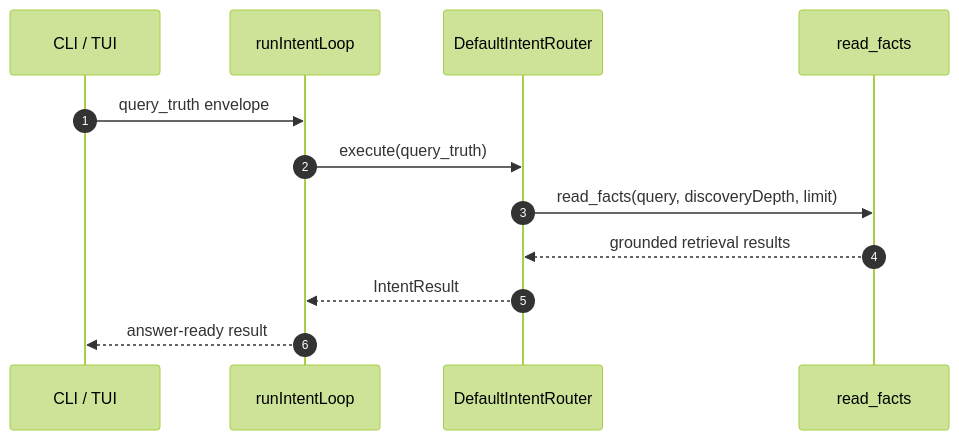
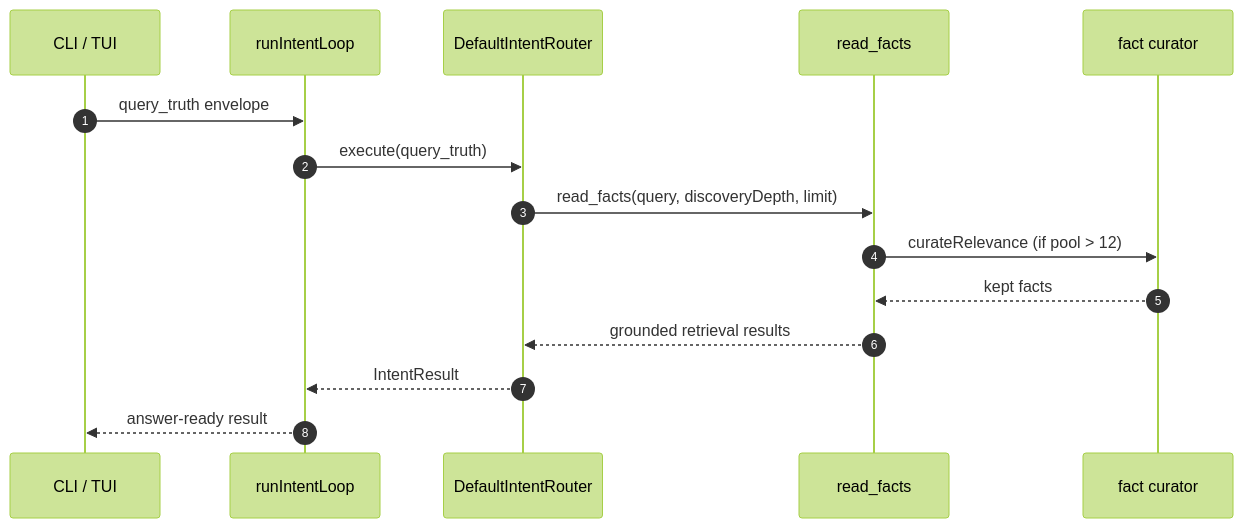
Before and after one commit to rosenjcb/kb: the second of 2 diagrams in src/core/AGENT_LOOP.md, drawn with Mermaid (forest theme). The commit also changed other lines of this file and 18 other files, not shown here.

````diff
--- a/src/core/AGENT_LOOP.md
+++ b/src/core/AGENT_LOOP.md
@@ -80,15 +81,18 @@
 ```mermaid
 sequenceDiagram
   autonumber
   participant U as CLI / TUI
   participant L as runIntentLoop
   participant R as DefaultIntentRouter
   participant D as read_facts
+  participant C as fact curator
 
   U->>L: query_truth envelope
   L->>R: execute(query_truth)
   R->>D: read_facts(query, discoveryDepth, limit)
+  D->>C: curateRelevance (if pool > 12)
+  C-->>D: kept facts
   D-->>R: grounded retrieval results
   R-->>L: IntentResult
   L-->>U: answer-ready result
 ```
````
